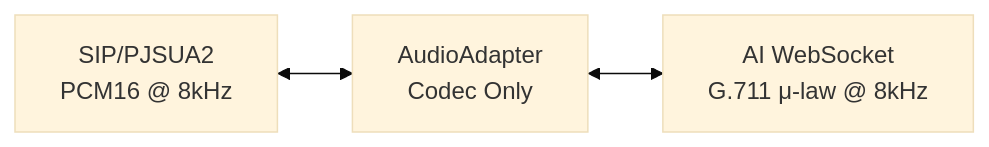
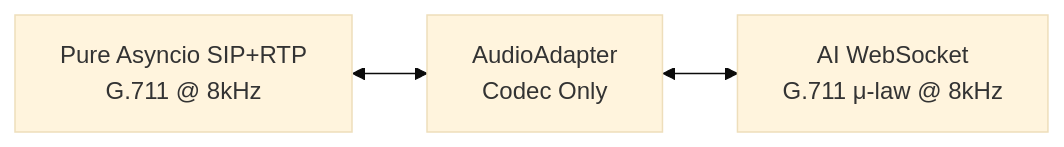
One commit to aicc2025/sip-to-ai changed the first of 2 diagrams in README.md. Above: the diagram before and after it, drawn with Mermaid (base theme). The commit also changed other lines of this file and 28 other files, not shown here.

````diff
--- a/README.md
+++ b/README.md
@@ -82,6 +72,6 @@
 ```mermaid
 graph LR
-    SIP[SIP/PJSUA2<br/>PCM16 @ 8kHz] <--> AA[AudioAdapter<br/>Codec Only]
+    SIP[Pure Asyncio SIP+RTP<br/>G.711 @ 8kHz] <--> AA[AudioAdapter<br/>Codec Only]
     AA <--> AI[AI WebSocket<br/>G.711 μ-law @ 8kHz]
-    
+
 ```
````
